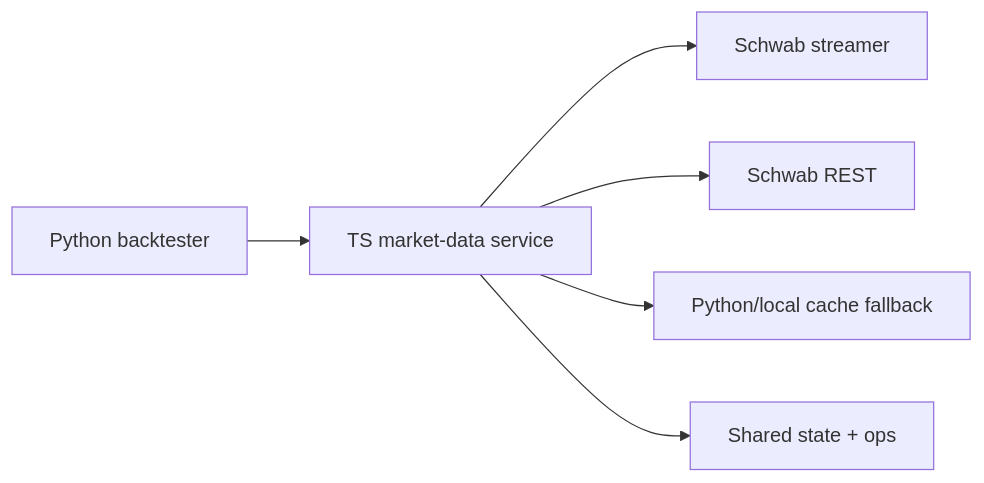
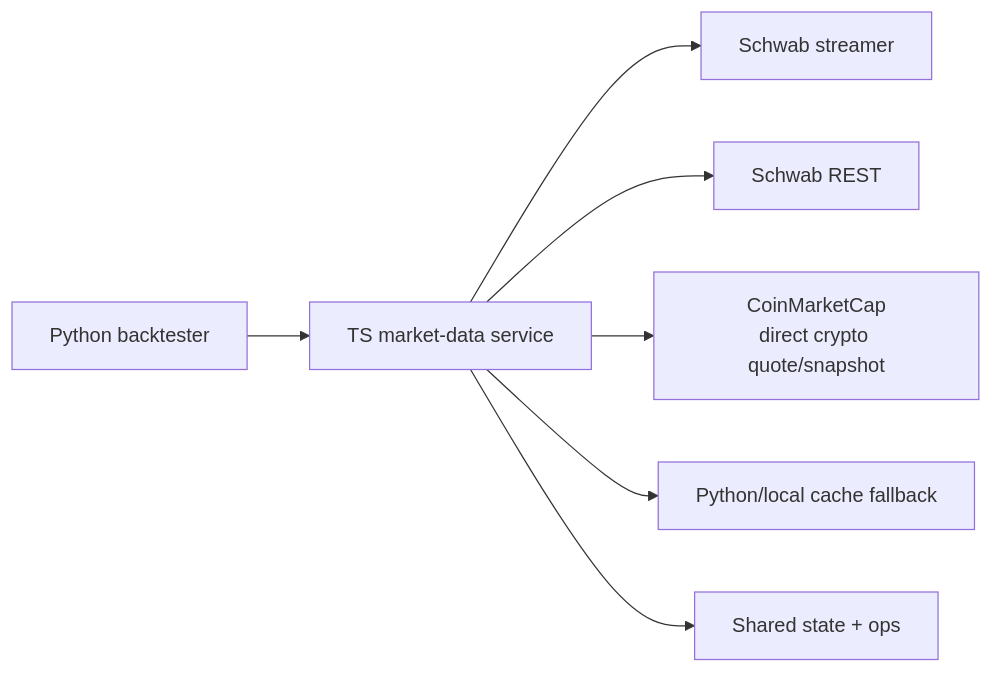
One commit to cortana-hd/cortana-external changed the diagram in backtester/docs/market-data-service-reference.md. Above: the diagram before and after it, drawn with Mermaid. The commit also changed other lines of this file and 162 other files, not shown here.

````diff
--- a/backtester/docs/market-data-service-reference.md
+++ b/backtester/docs/market-data-service-reference.md
@@ -7,8 +7,9 @@
 ```mermaid
 flowchart LR
     A["Python backtester"] --> B["TS market-data service"]
     B --> C["Schwab streamer"]
     B --> D["Schwab REST"]
+    B --> G["CoinMarketCap<br/>direct crypto quote/snapshot"]
     B --> E["Python/local cache fallback"]
     B --> F["Shared state + ops"]
 ```
````
